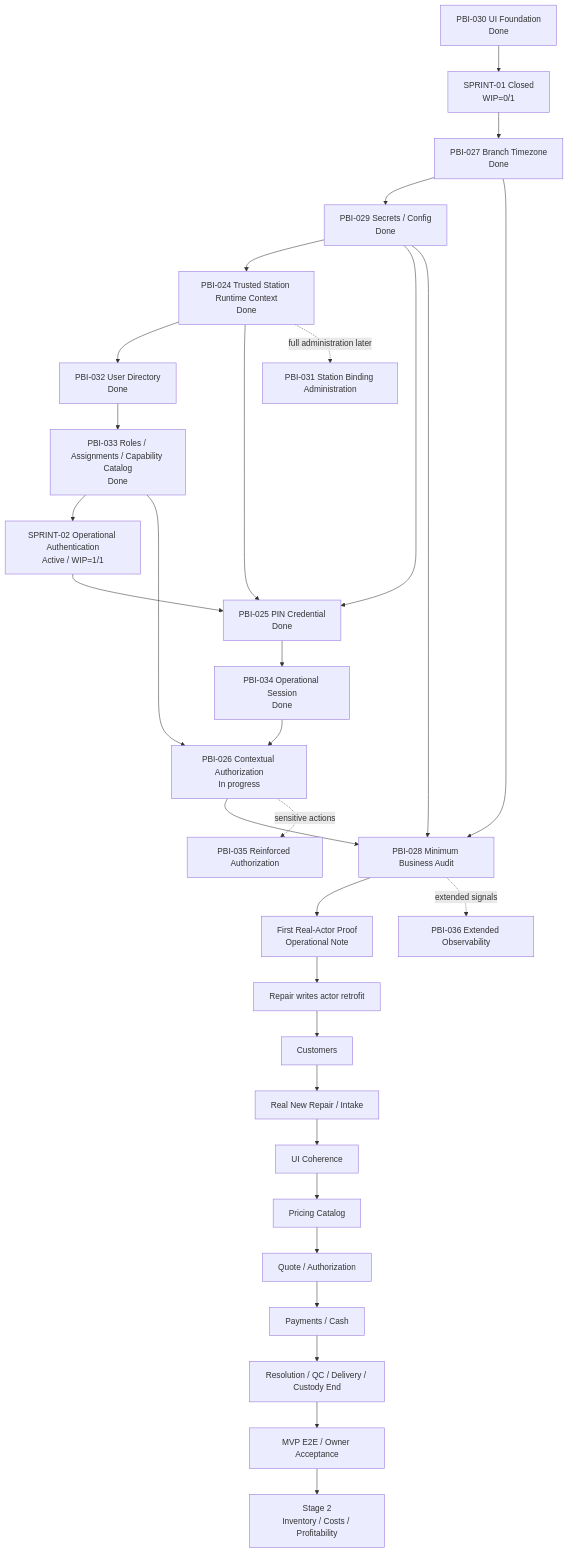
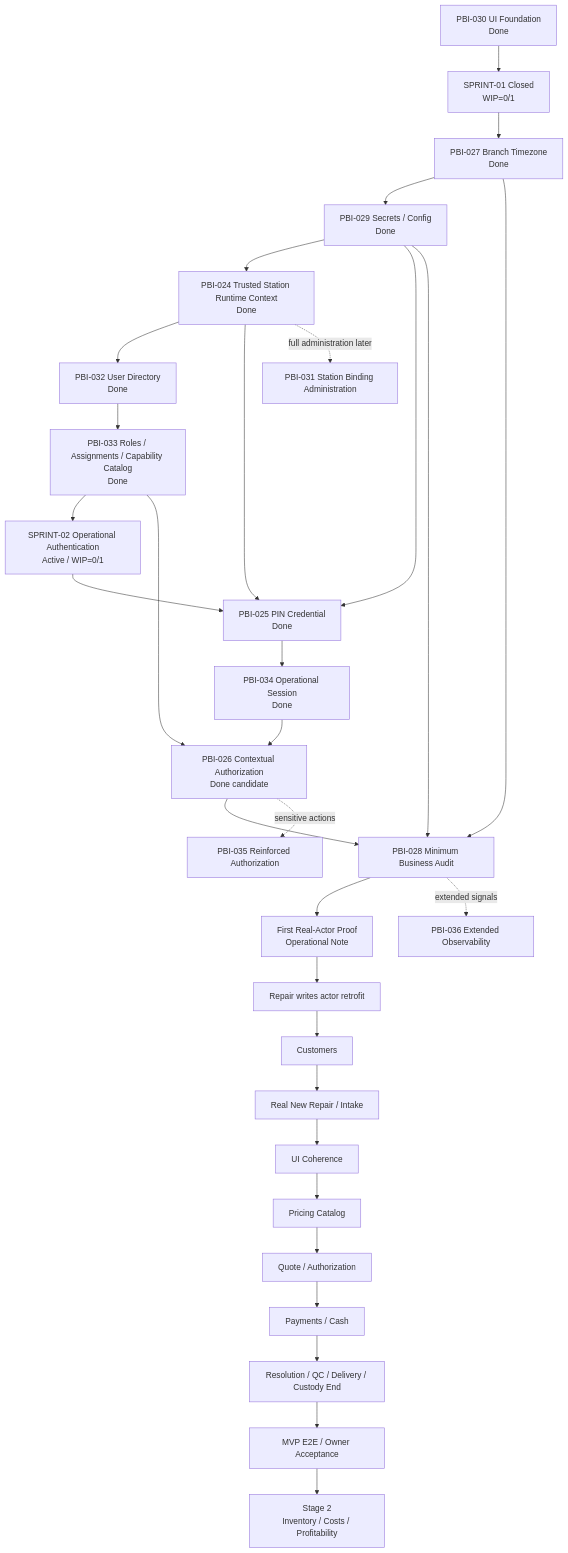
Before and after one commit to luisgtzaviles/SrTaller-2.0: the diagram in docs/backlog/DEPENDENCY_MAP.md, drawn with Mermaid. The commit also changed other lines of this file and 34 other files, not shown here.

Commit message:
docs: close pbi-026 and advance roadmap

````diff
--- a/docs/backlog/DEPENDENCY_MAP.md
+++ b/docs/backlog/DEPENDENCY_MAP.md
@@ -13,33 +13,33 @@
 ```mermaid
 flowchart TD
     P30[PBI-030 UI Foundation<br/>Done] --> S1[SPRINT-01 Closed<br/>WIP=0/1]
     S1 --> P27[PBI-027 Branch Timezone<br/>Done]
     P27 --> P29[PBI-029 Secrets / Config<br/>Done]
     P29 --> P24[PBI-024 Trusted Station Runtime Context<br/>Done]
     P24 --> P32[PBI-032 User Directory<br/>Done]
     P32 --> P33[PBI-033 Roles / Assignments / Capability Catalog<br/>Done]
-    P33 --> S2[SPRINT-02 Operational Authentication<br/>Active / WIP=1/1]
+    P33 --> S2[SPRINT-02 Operational Authentication<br/>Active / WIP=0/1]
     S2 --> P25[PBI-025 PIN Credential<br/>Done]
     P24 --> P25
     P29 --> P25
     P25 --> P34[PBI-034 Operational Session<br/>Done]
-    P34 --> P26[PBI-026 Contextual Authorization<br/>In progress]
+    P34 --> P26[PBI-026 Contextual Authorization<br/>Done candidate]
     P33 --> P26
     P26 --> P28[PBI-028 Minimum Business Audit]
     P27 --> P28
     P29 --> P28
     P28 --> NOTE[First Real-Actor Proof<br/>Operational Note]
     NOTE --> RETRO[Repair writes actor retrofit]
     RETRO --> CUSTOMERS[Customers]
     CUSTOMERS --> INTAKE[Real New Repair / Intake]
     INTAKE --> POLISH[UI Coherence]
     POLISH --> PRICING[Pricing Catalog]
     PRICING --> QUOTE[Quote / Authorization]
     QUOTE --> MONEY[Payments / Cash]
     MONEY --> DELIVERY[Resolution / QC / Delivery / Custody End]
     DELIVERY --> MVP[MVP E2E / Owner Acceptance]
     P24 -. full administration later .-> P31[PBI-031 Station Binding Administration]
     P26 -. sensitive actions .-> P35[PBI-035 Reinforced Authorization]
     P28 -. extended signals .-> P36[PBI-036 Extended Observability]
     MVP --> STAGE2[Stage 2<br/>Inventory / Costs / Profitability]
 ```
````
